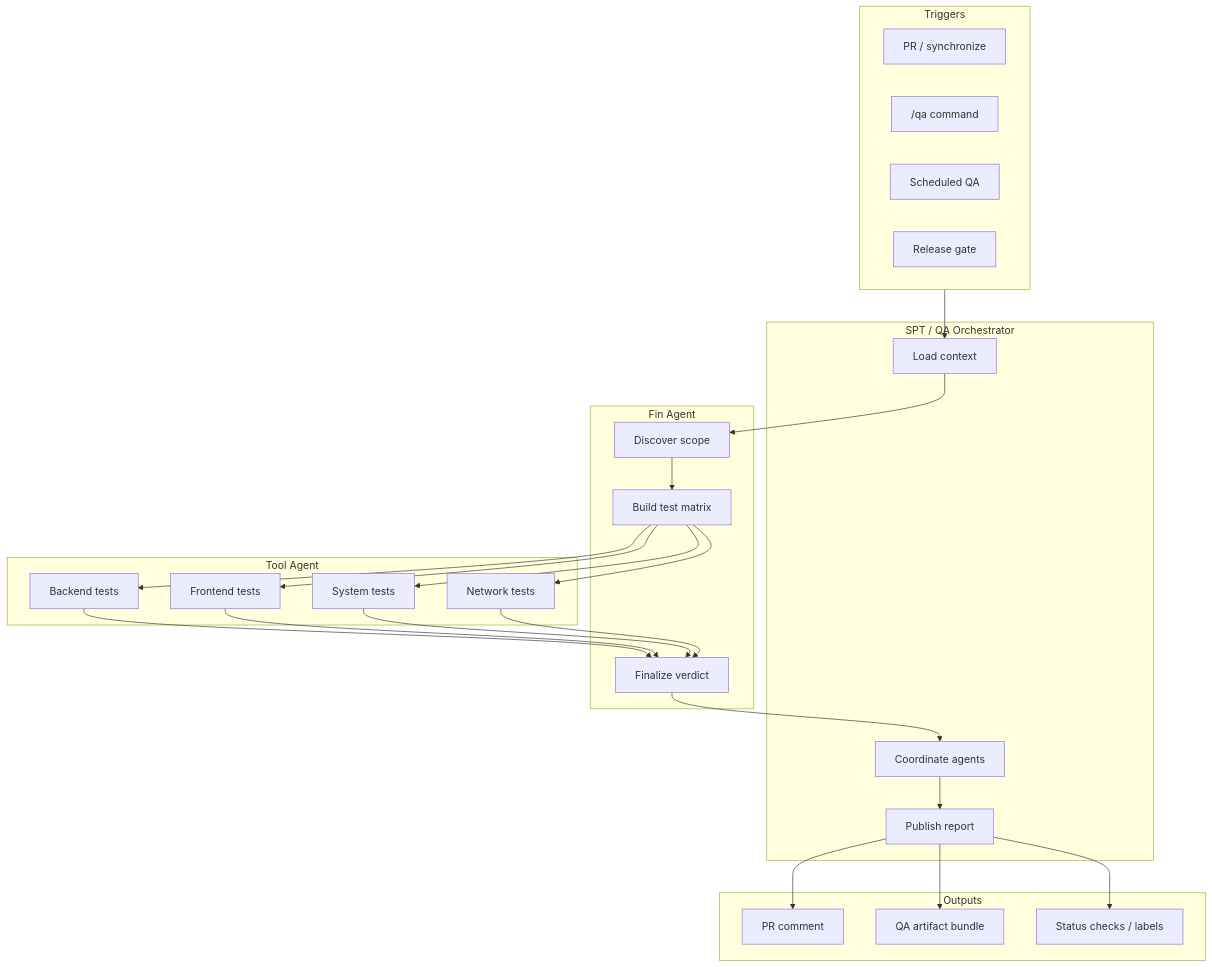
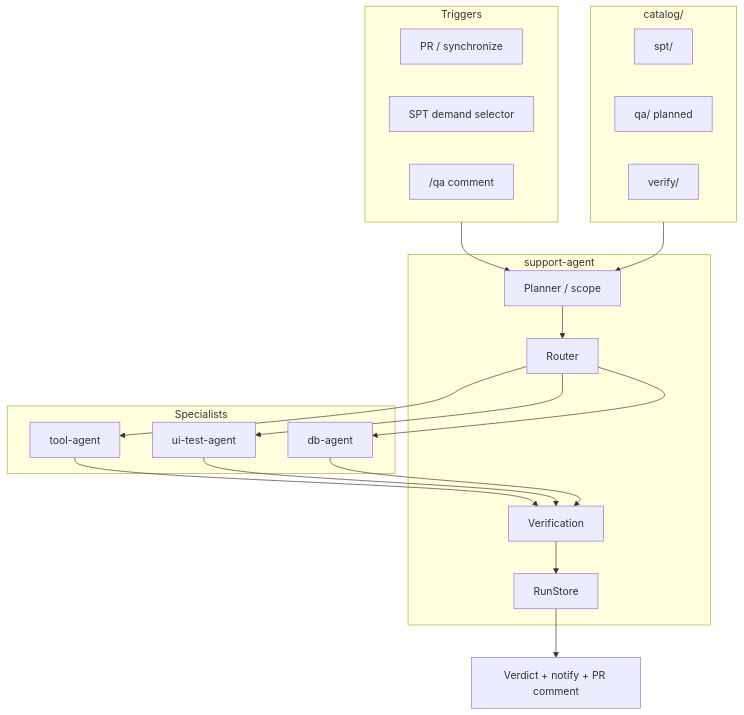
One commit to AM-Portfolio/.github changed the diagram in spt-qa-agent/PLAN.md. Above: the diagram before and after it, drawn with Mermaid. The commit also changed other lines of this file and 12 other files, not shown here.

First line of the commit message:
Revise SPT/QA keep plan aligned with am-agents platform

````diff
--- a/spt-qa-agent/PLAN.md
+++ b/spt-qa-agent/PLAN.md
@@ -127,43 +61,35 @@
 ```mermaid
 flowchart TB
     subgraph triggers [Triggers]
         PR[PR / synchronize]
-        CMD["/qa command"]
-        CRON[Scheduled QA]
-        REL[Release gate]
+        SPT[SPT demand selector]
+        CMD["/qa comment"]
     end
 
-    subgraph orchestrator [SPT / QA Orchestrator]
-        O1[Load context]
-        O2[Coordinate agents]
-        O3[Publish report]
+    subgraph sa [support-agent]
+        P[Planner / scope]
+        R[Router]
+        V[Verification]
+        RS[RunStore]
     end
 
-    subgraph fin [Fin Agent]
-        F1[Discover scope]
-        F2[Build test matrix]
-        F3[Finalize verdict]
+    subgraph specialists [Specialists]
+        TA[tool-agent]
+        UI[ui-test-agent]
+        DB[db-agent]
     end
 
-    subgraph tool [Tool Agent]
-        T1[Backend tests]
-        T2[Frontend tests]
-        T3[System tests]
-        T4[Network tests]
+    subgraph catalog [catalog/]
+        SPTC[spt/]
+        QA[qa/ planned]
+        VER[verify/]
     end
 
-    subgraph outputs [Outputs]
-        R1[PR comment]
-        R2[QA artifact bundle]
-        R3[Status checks / labels]
-    end
-
-    triggers --> O1
-    O1 --> F1
-    F1 --> F2
-    F2 --> T1 & T2 & T3 & T4
-    T1 & T2 & T3 & T4 --> F3
-    F3 --> O2
-    O2 --> O3
-    O3 --> R1 & R2 & R3
+    triggers --> P
+    catalog --> P
+    P --> R
+    R --> TA & UI & DB
+    TA & UI & DB --> V
+    V --> RS
+    RS --> OUT[Verdict + notify + PR comment]
 ```
````
